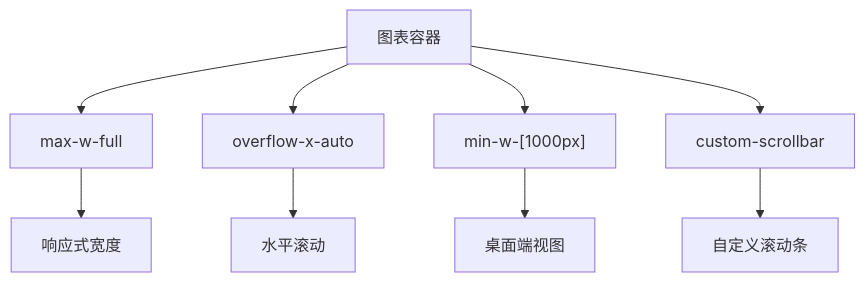
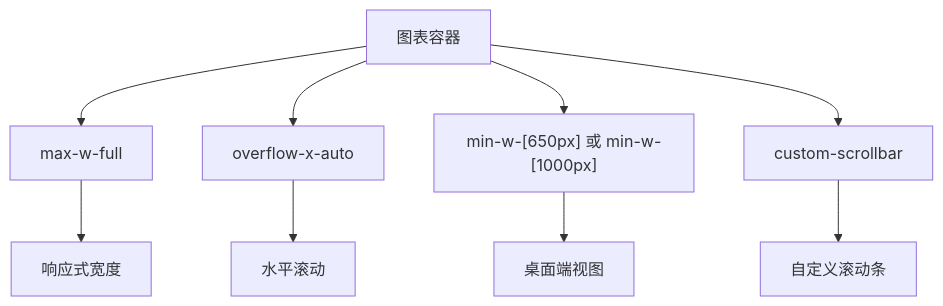
The eighth of 9 diagrams in .qoder/repowiki/zh/content/页面路由系统/页面类型组织结构/图表页面.md (HAOFUYANG/nextjs-admin), drawn with Mermaid before and after one commit. The commit also changed other lines of this file and 36 other files, not shown here.

````diff
--- a/.qoder/repowiki/zh/content/页面路由系统/页面类型组织结构/图表页面.md
+++ b/.qoder/repowiki/zh/content/页面路由系统/页面类型组织结构/图表页面.md
@@ -401,11 +404,11 @@
 ```mermaid
 flowchart TD
 Container["图表容器"] --> MaxWidth["max-w-full"]
 Container --> Overflow["overflow-x-auto"]
-Container --> MinWidth["min-w-[1000px]"]
+Container --> MinWidth["min-w-[650px] 或 min-w-[1000px]"]
 Container --> CustomScrollbar["custom-scrollbar"]
 MaxWidth --> Responsive["响应式宽度"]
 Overflow --> HorizontalScroll["水平滚动"]
 MinWidth --> DesktopView["桌面端视图"]
 CustomScrollbar --> CustomStyle["自定义滚动条"]
 ```
````
